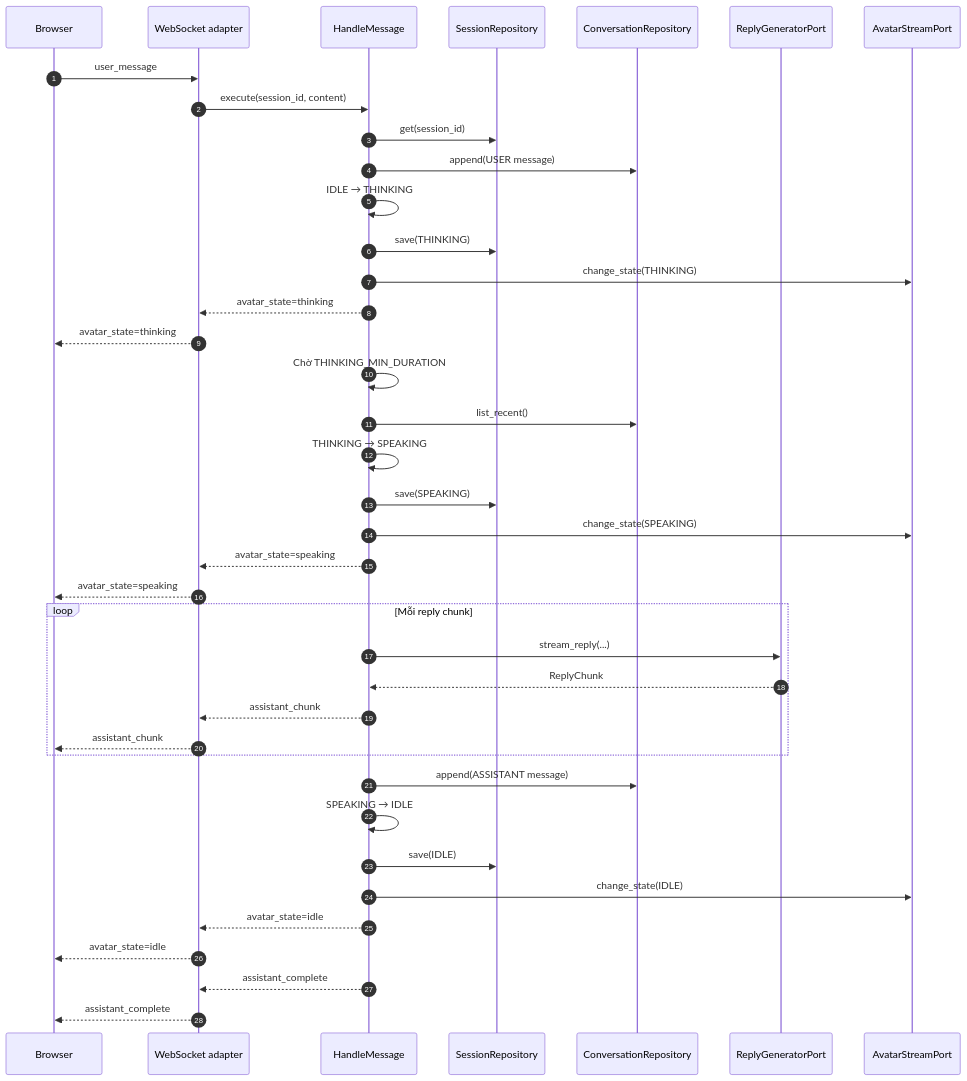
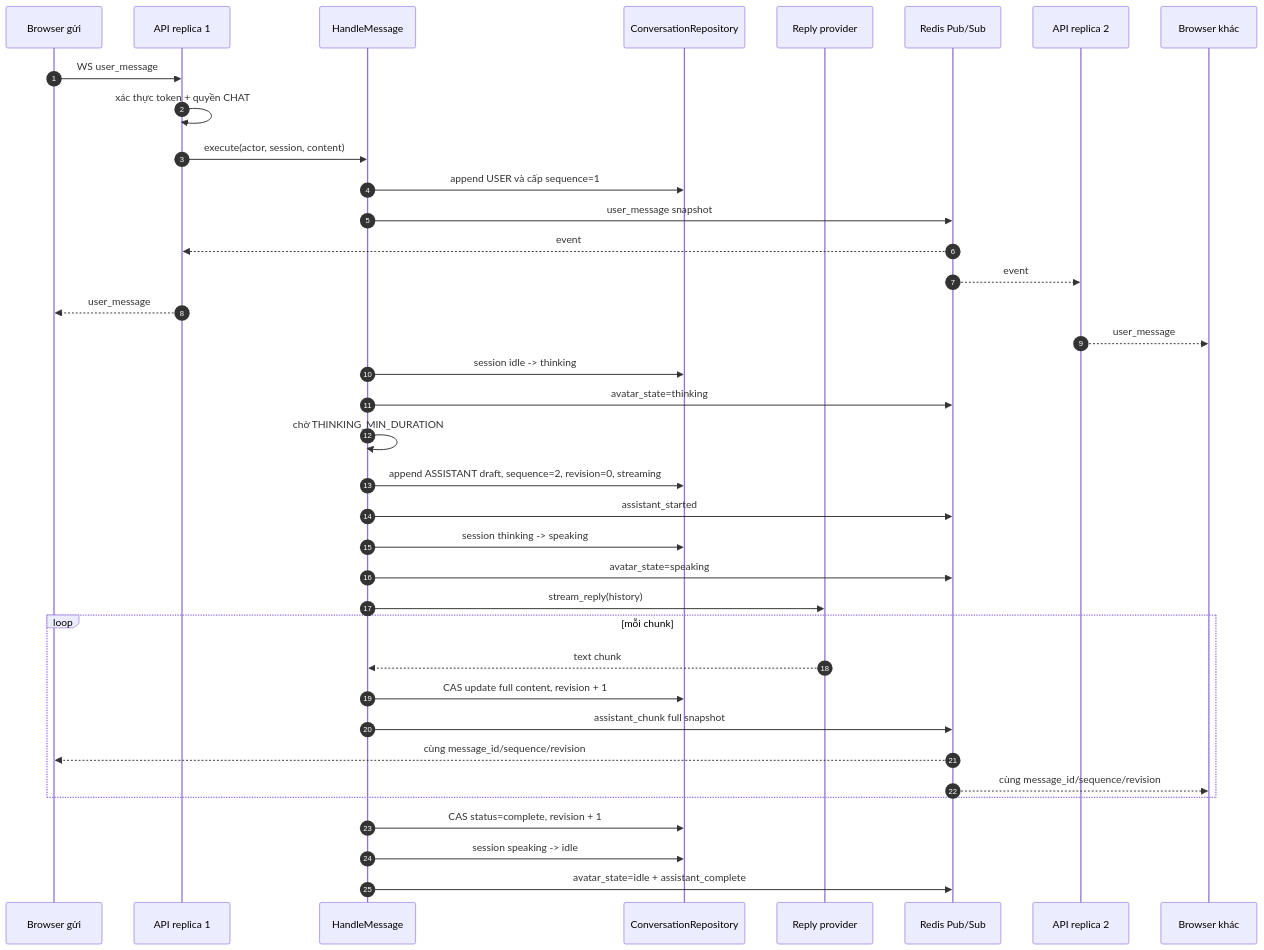
Before and after one commit to thinhphan97/PersonaForge: the fifth of 7 diagrams in docs/server-flow.md, drawn with Mermaid. The commit also changed other lines of this file and 4 other files, not shown here.

Commit message:
docs: align architecture with current pipeline

````diff
--- a/docs/server-flow.md
+++ b/docs/server-flow.md
@@ -125,46 +176,43 @@
 ```mermaid
 sequenceDiagram
     autonumber
-    participant B as Browser
-    participant WS as WebSocket adapter
-    participant HM as HandleMessage
-    participant Sessions as SessionRepository
-    participant History as ConversationRepository
-    participant Reply as ReplyGeneratorPort
-    participant Media as AvatarStreamPort
+    participant B1 as Browser gửi
+    participant API1 as API replica 1
+    participant H as HandleMessage
+    participant DB as ConversationRepository
+    participant M as Reply provider
+    participant P as Redis Pub/Sub
+    participant API2 as API replica 2
+    participant B2 as Browser khác
 
-    B->>WS: user_message
-    WS->>HM: execute(session_id, content)
-    HM->>Sessions: get(session_id)
-    HM->>History: append(USER message)
+    B1->>API1: WS user_message
+    API1->>API1: xác thực token + quyền CHAT
+    API1->>H: execute(actor, session, content)
+    H->>DB: append USER và cấp sequence=1
+    H->>P: user_message snapshot
+    P-->>API1: event
+    P-->>API2: event
+    API1-->>B1: user_message
+    API2-->>B2: user_message
 
-    HM->>HM: IDLE → THINKING
-    HM->>Sessions: save(THINKING)
-    HM->>Media: change_state(THINKING)
-    HM-->>WS: avatar_state=thinking
-    WS-->>B: avatar_state=thinking
-    HM->>HM: Chờ THINKING_MIN_DURATION
+    H->>DB: session idle -> thinking
+    H->>P: avatar_state=thinking
+    H->>H: chờ THINKING_MIN_DURATION
+    H->>DB: append ASSISTANT draft, sequence=2, revision=0, streaming
+    H->>P: assistant_started
+    H->>DB: session thinking -> speaking
+    H->>P: avatar_state=speaking
 
-    HM->>History: list_recent()
-    HM->>HM: THINKING → SPEAKING
-    HM->>Sessions: save(SPEAKING)
-    HM->>Media: change_state(SPEAKING)
-    HM-->>WS: avatar_state=speaking
-    WS-->>B: avatar_state=speaking
-
-    loop Mỗi reply chunk
-        HM->>Reply: stream_reply(...)
-        Reply-->>HM: ReplyChunk
-        HM-->>WS: assistant_chunk
-        WS-->>B: assistant_chunk
+    H->>M: stream_reply(history)
+    loop mỗi chunk
+        M-->>H: text chunk
+        H->>DB: CAS update full content, revision + 1
+        H->>P: assistant_chunk full snapshot
+        P-->>B1: cùng message_id/sequence/revision
+        P-->>B2: cùng message_id/sequence/revision
     end
 
-    HM->>History: append(ASSISTANT message)
-    HM->>HM: SPEAKING → IDLE
-    HM->>Sessions: save(IDLE)
-    HM->>Media: change_state(IDLE)
-    HM-->>WS: avatar_state=idle
-    WS-->>B: avatar_state=idle
-    HM-->>WS: assistant_complete
-    WS-->>B: assistant_complete
+    H->>DB: CAS status=complete, revision + 1
+    H->>DB: session speaking -> idle
+    H->>P: avatar_state=idle + assistant_complete
 ```
````
